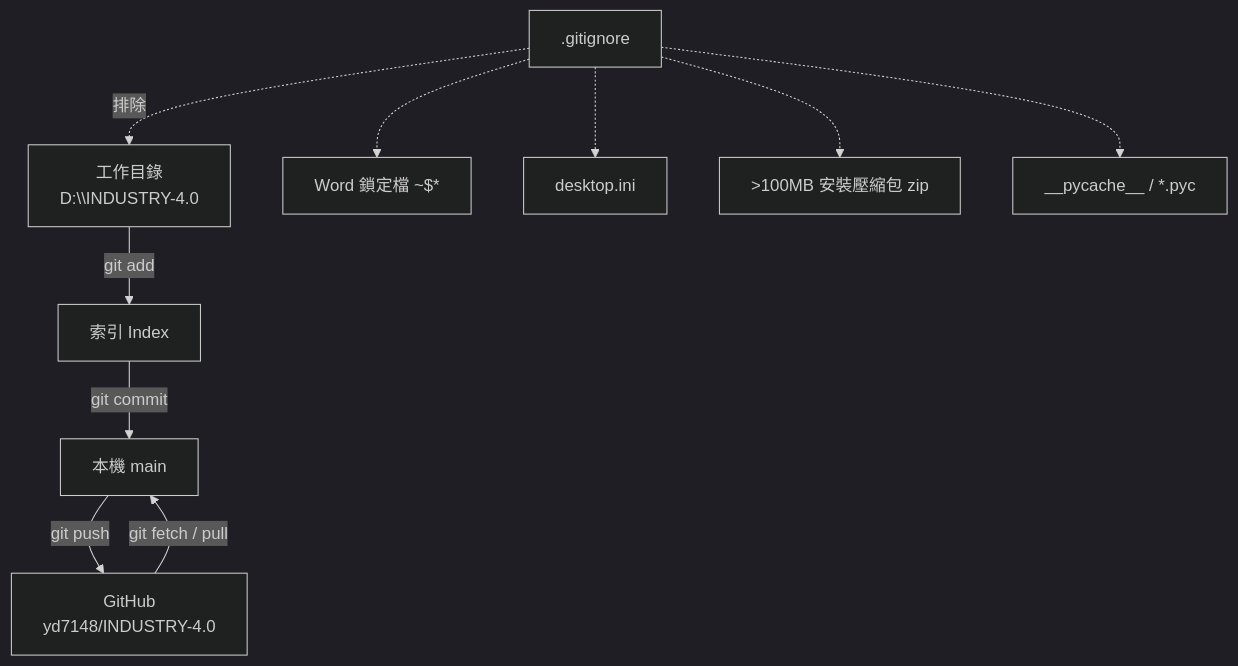
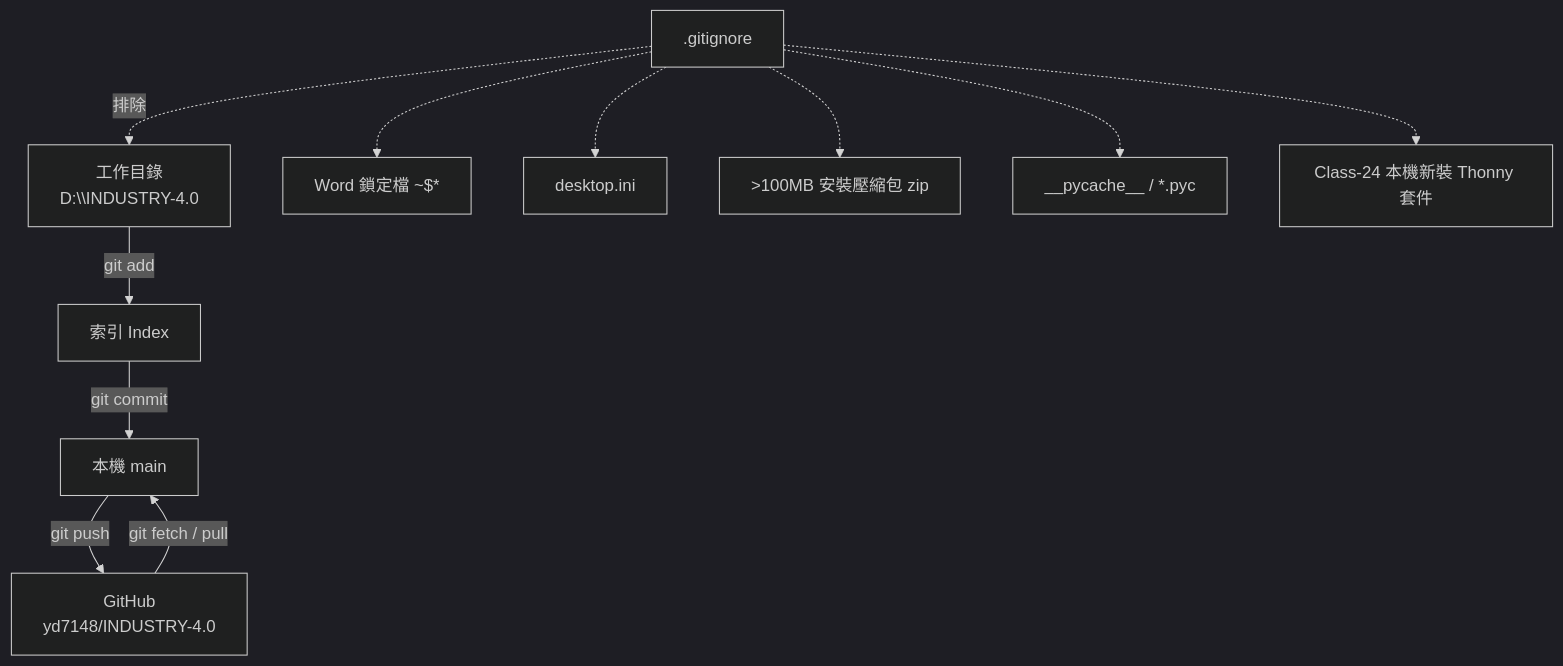
The sixth of 6 diagrams in README.md (yd7148/INDUSTRY-4.0), drawn with Mermaid (dark theme) before and after one commit. The commit also changed other lines of this file and 2 other files, not shown here.

Commit message:
Sync docs for Class-25 (25 classes, 26 videos, timeline legend)

````diff
--- a/README.md
+++ b/README.md
@@ -273,13 +279,14 @@
 ```mermaid
 flowchart TB
     W["工作目錄<br/>D:\\INDUSTRY-4.0"] -->|git add| I["索引 Index"]
     I -->|git commit| L["本機 main"]
     L -->|git push| R["GitHub<br/>yd7148/INDUSTRY-4.0"]
     R -->|git fetch / pull| L
 
     IG[".gitignore"] -.排除.-> W
     IG -.-> X1["Word 鎖定檔 ~$*"]
     IG -.-> X2["desktop.ini"]
     IG -.-> X3[">100MB 安裝壓縮包 zip"]
     IG -.-> X4["__pycache__ / *.pyc"]
+    IG -.-> X5["Class-24 本機新裝 Thonny 套件"]
 ```
````
